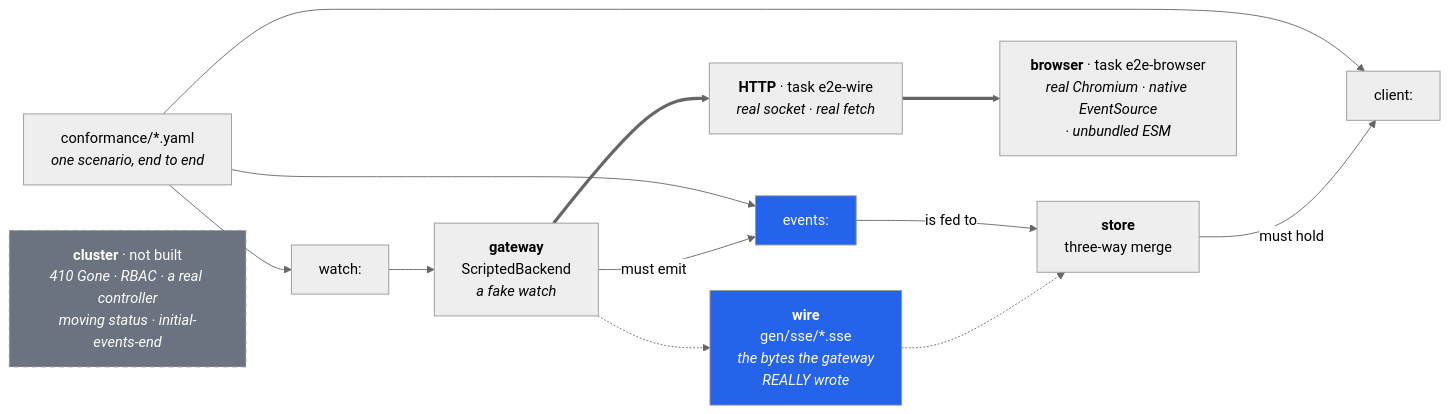
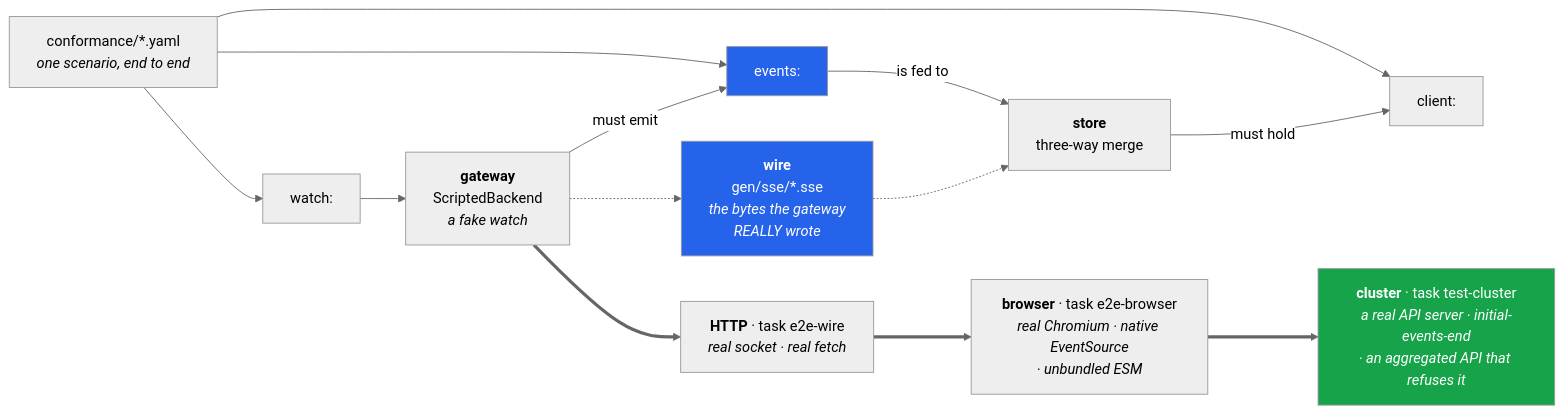
The diagram in CONTRIBUTING.md (ConfigButler/krm-stream), drawn with Mermaid (neutral theme) before and after one commit. The commit also changed other lines of this file and 9 other files, not shown here.

````diff
--- a/CONTRIBUTING.md
+++ b/CONTRIBUTING.md
@@ -56,21 +56,21 @@
 ```mermaid
 flowchart LR
     Y["conformance/*.yaml<br/><i>one scenario, end to end</i>"] --> W["watch:"] & E["events:"] & C["client:"]
 
     W --> G["<b>gateway</b><br/>ScriptedBackend<br/><i>a fake watch</i>"]
     G -- "must emit" --> E
     E -- "is fed to" --> S["<b>store</b><br/>three-way merge"]
     S -- "must hold" --> C
 
     G -.-> SSE["<b>wire</b><br/>gen/sse/*.sse<br/><i>the bytes the gateway<br/>REALLY wrote</i>"]
     SSE -.-> S
 
     G ==> HTTP["<b>HTTP</b> · task e2e-wire<br/><i>real socket · real fetch</i>"]
     HTTP ==> BR["<b>browser</b> · task e2e-browser<br/><i>real Chromium · native EventSource<br/>· unbundled ESM</i>"]
 
-    K8S["<b>cluster</b> · not built<br/><i>410 Gone · RBAC · a real controller<br/>moving status · initial-events-end</i>"]
+    BR ==> K8S["<b>cluster</b> · task test-cluster<br/><i>a real API server · initial-events-end<br/>· an aggregated API that refuses it</i>"]
 
     style E fill:#2563eb,color:#fff
     style SSE fill:#2563eb,color:#fff
-    style K8S fill:#6b7280,color:#fff,stroke-dasharray: 5 5
+    style K8S fill:#16a34a,color:#fff
 ```
````
